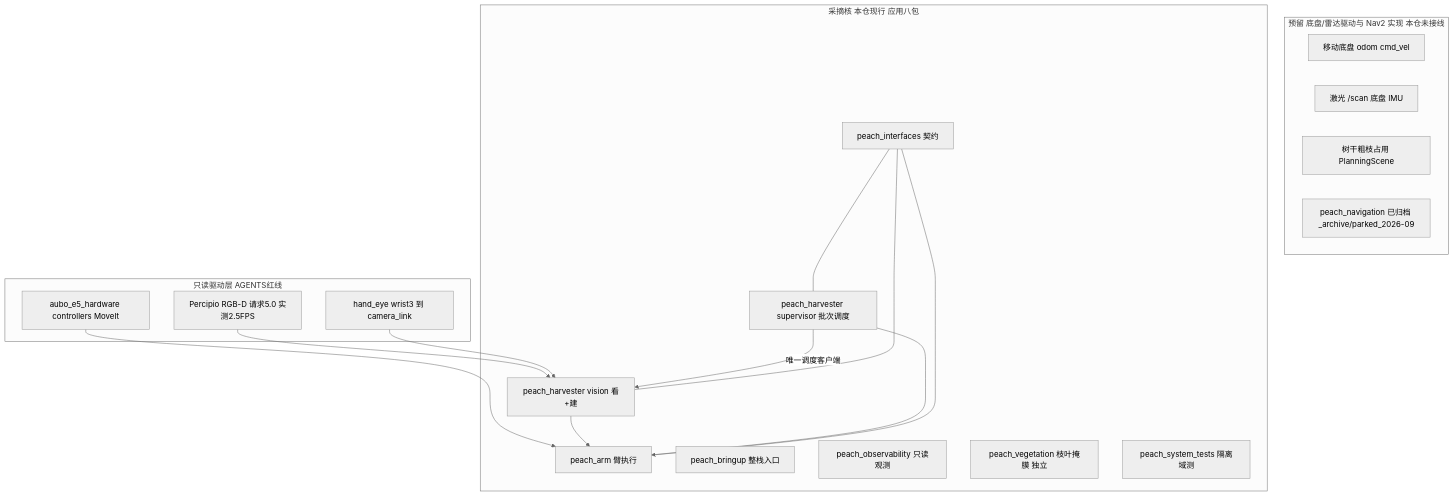
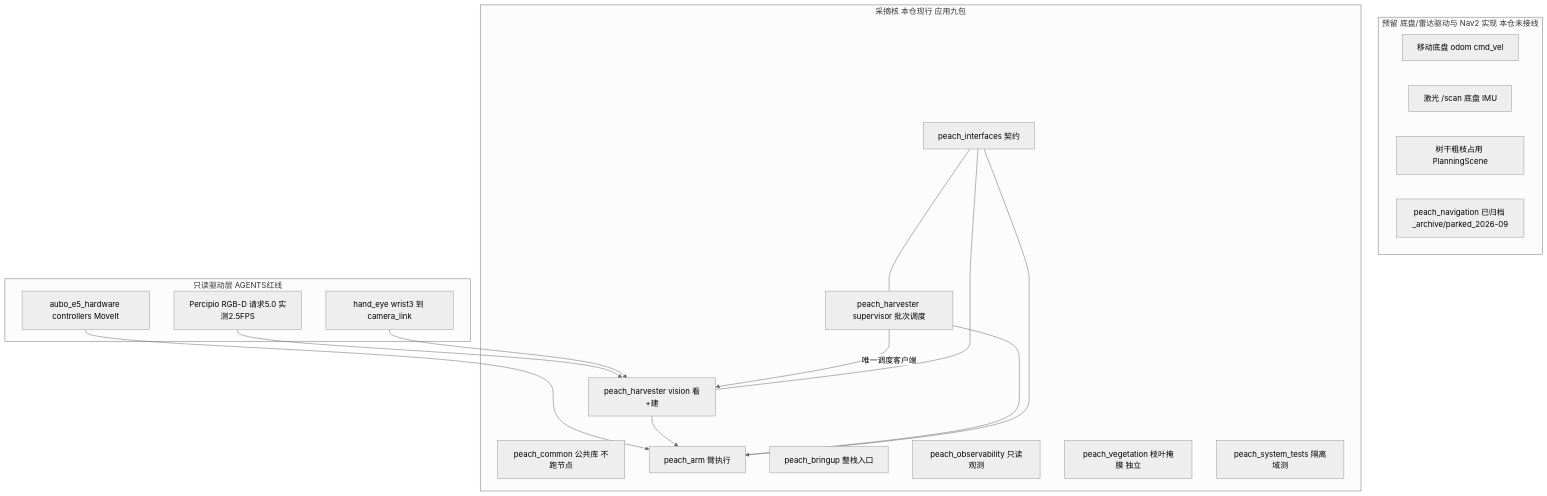
Before and after one commit to MUHAN11-c/aubo_boot: the fourth of 15 diagrams in docs/architecture.md, drawn with Mermaid (neutral theme). The commit also changed other lines of this file and 2 other files, not shown here.

````diff
--- a/docs/architecture.md
+++ b/docs/architecture.md
@@ -166,33 +166,34 @@
 ```mermaid
 flowchart TB
   subgraph reserved ["预留 底盘/雷达驱动与 Nav2 实现 本仓未接线"]
     chassis["移动底盘 odom cmd_vel"]
     lidar["激光 /scan 底盘 IMU"]
     occ["树干粗枝占用 PlanningScene"]
     navpark["peach_navigation 已归档 _archive/parked_2026-09"]
   end
-  subgraph core ["采摘核 本仓现行 应用八包"]
+  subgraph core ["采摘核 本仓现行 应用九包"]
     iface["peach_interfaces 契约"]
+    common["peach_common 公共库 不跑节点"]
     perc["peach_harvester vision 看+建"]
     skills["peach_arm 臂执行"]
     exe["peach_harvester supervisor 批次调度"]
     bringup["peach_bringup 整栈入口"]
     obs["peach_observability 只读观测"]
     veg["peach_vegetation 枝叶掩膜 独立"]
     systest["peach_system_tests 隔离域测"]
   end
   subgraph hw ["只读驱动层 AGENTS红线"]
     cam["Percipio RGB-D 请求5.0 实测2.5FPS"]
     arm["aubo_e5_hardware controllers MoveIt"]
     eye["hand_eye wrist3 到 camera_link"]
   end
   cam --> perc
   eye --> perc
   arm --> skills
   perc --> skills
   exe -->|"唯一调度客户端"| perc
   exe --> skills
   iface --- perc
   iface --- skills
   iface --- exe
 ```
````
